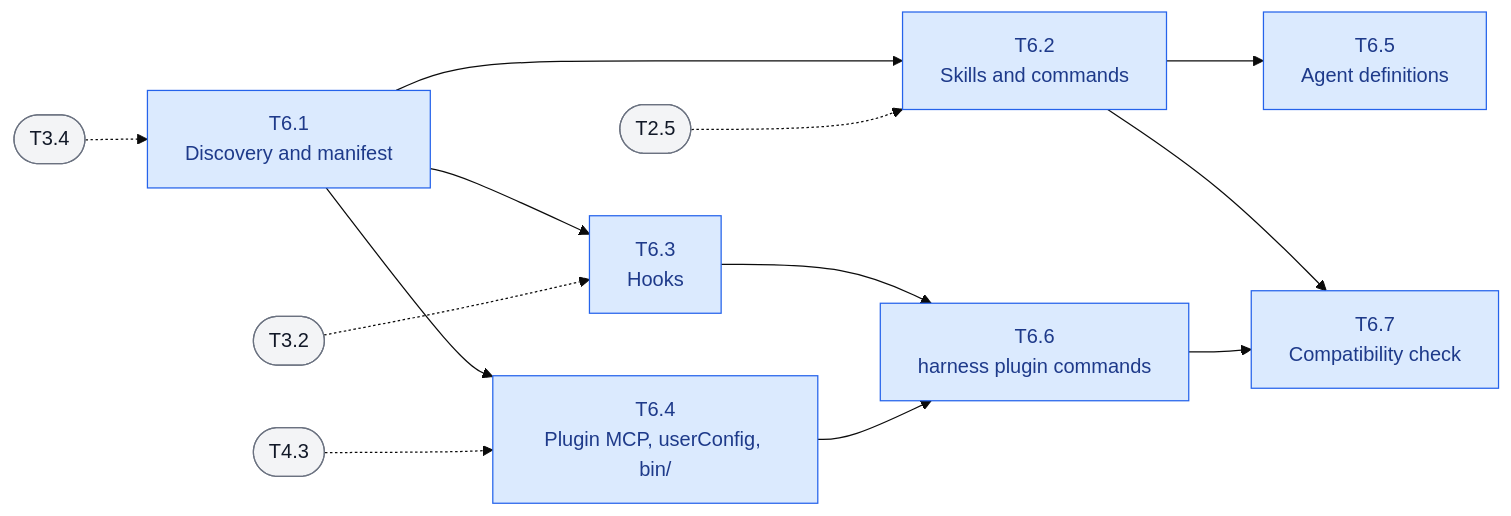
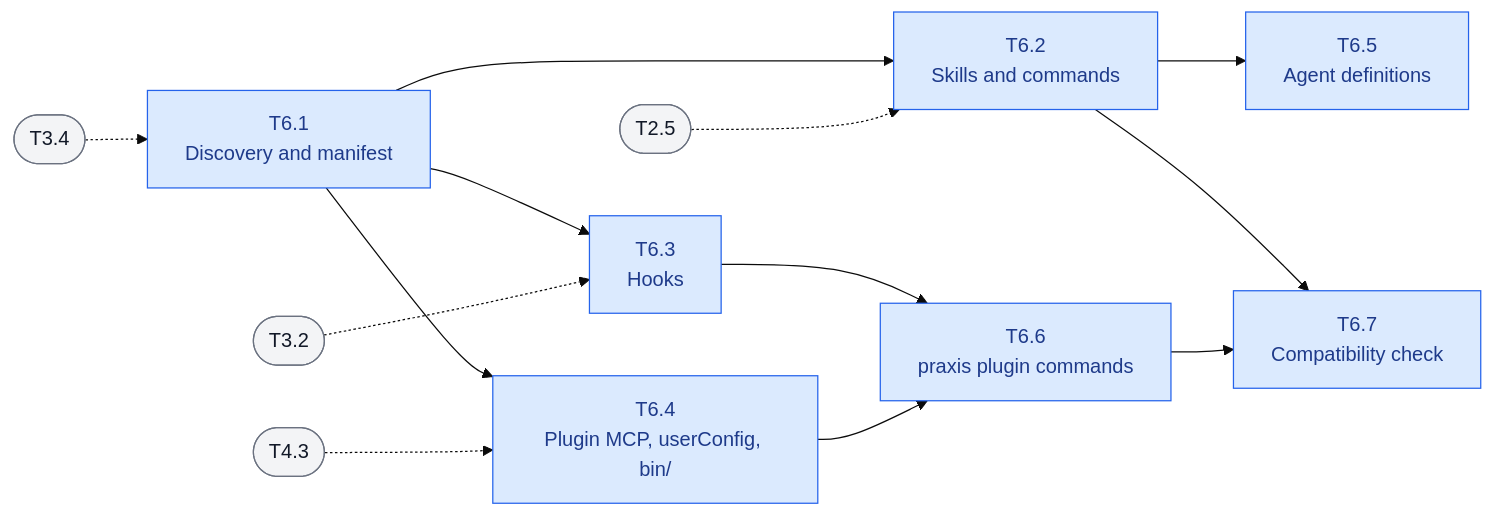
The seventh of 10 diagrams in docs/TASKS.md (fzzinchemical/Praxis), drawn with Mermaid (base theme) before and after one commit. The commit also changed other lines of this file and 318 other files, not shown here.

First line of the commit message:
refactor!: rename harness to praxis

````diff
--- a/docs/TASKS.md
+++ b/docs/TASKS.md
@@ -567,32 +567,32 @@
 ```mermaid
 flowchart LR
     T6_1["T6.1<br/>Discovery and manifest"]
     T6_2["T6.2<br/>Skills and commands"]
     T6_3["T6.3<br/>Hooks"]
     T6_4["T6.4<br/>Plugin MCP, userConfig, bin/"]
     T6_5["T6.5<br/>Agent definitions"]
-    T6_6["T6.6<br/>harness plugin commands"]
+    T6_6["T6.6<br/>praxis plugin commands"]
     T6_7["T6.7<br/>Compatibility check"]
     T2_5(["T2.5"])
     T3_2(["T3.2"])
     T3_4(["T3.4"])
     T4_3(["T4.3"])
     T3_4 -.-> T6_1
     T6_1 --> T6_2
     T2_5 -.-> T6_2
     T6_1 --> T6_3
     T3_2 -.-> T6_3
     T6_1 --> T6_4
     T4_3 -.-> T6_4
     T6_2 --> T6_5
     T6_3 --> T6_6
     T6_4 --> T6_6
     T6_2 --> T6_7
     T6_6 --> T6_7
 
     classDef task fill:#dbeafe,stroke:#2563eb,color:#1e3a8a
     classDef human fill:#fef3c7,stroke:#d97706,color:#78350f,stroke-width:3px
     classDef other fill:#f3f4f6,stroke:#6b7280,color:#111827
     class T6_1,T6_2,T6_3,T6_4,T6_5,T6_6,T6_7 task
     class T2_5,T3_2,T3_4,T4_3 other
 ```
````
